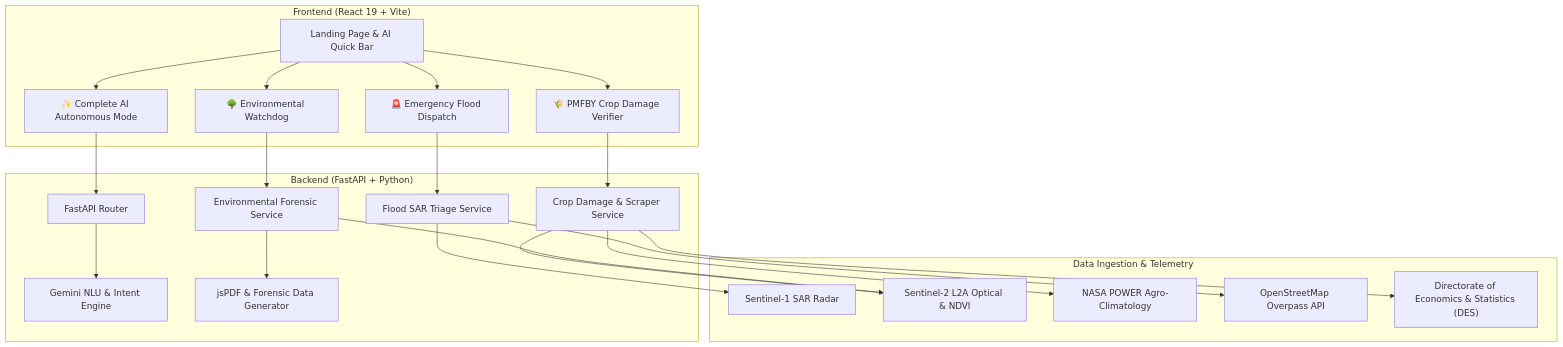
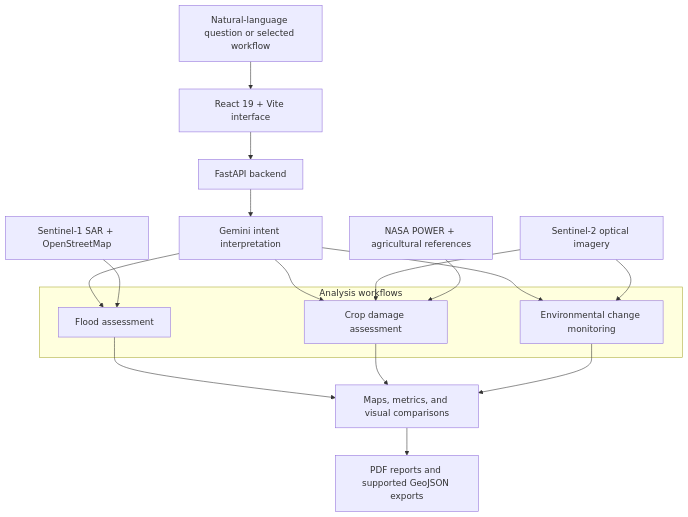
The diagram in README.md (srujan1828-maker/SAT_query), drawn with Mermaid before and after one commit. The commit also changed other lines of this file, not shown here.

````diff
--- a/README.md
+++ b/README.md
@@ -40,37 +127,29 @@
 ```mermaid
 flowchart TD
-    subgraph Frontend["Frontend (React 19 + Vite)"]
-        LP["Landing Page & AI Quick Bar"]
-        FD["🚨 Emergency Flood Dispatch"]
-        CD["🌾 PMFBY Crop Damage Verifier"]
-        EW["🌳 Environmental Watchdog"]
-        AI["✨ Complete AI Autonomous Mode"]
+    USER["Natural-language question or selected workflow"]
+    UI["React 19 + Vite interface"]
+    API["FastAPI backend"]
+    AI["Gemini intent interpretation"]
+
+    USER --> UI --> API --> AI
+
+    subgraph Workflows["Analysis workflows"]
+        FLOOD["Flood assessment"]
+        CROP["Crop damage assessment"]
+        ENV["Environmental change monitoring"]
     end
 
-    subgraph Backend["Backend (FastAPI + Python)"]
-        RT["FastAPI Router"]
-        ENG["Gemini NLU & Intent Engine"]
-        FLS["Flood SAR Triage Service"]
-        CRS["Crop Damage & Scraper Service"]
-        EWS["Environmental Forensic Service"]
-        PDF["jsPDF & Forensic Data Generator"]
-    end
+    AI --> FLOOD
+    AI --> CROP
+    AI --> ENV
 
-    subgraph Satellites["Data Ingestion & Telemetry"]
-        S1["Sentinel-1 SAR Radar"]
-        S2["Sentinel-2 L2A Optical & NDVI"]
-        NP["NASA POWER Agro-Climatology"]
-        OSM["OpenStreetMap Overpass API"]
-        WEB["Directorate of Economics & Statistics (DES)"]
-    end
+    S1["Sentinel-1 SAR + OpenStreetMap"] --> FLOOD
+    S2["Sentinel-2 optical imagery"] --> CROP
+    S2 --> ENV
+    WEATHER["NASA POWER + agricultural references"] --> CROP
 
-    LP --> AI & FD & CD & EW
-    AI --> RT
-    FD --> FLS
-    CD --> CRS
-    EW --> EWS
-    RT --> ENG
-    FLS --> S1 & OSM
-    CRS --> S2 & NP & WEB
-    EWS --> S2 & PDF
+    FLOOD --> RESULTS["Maps, metrics, and visual comparisons"]
+    CROP --> RESULTS
+    ENV --> RESULTS
+    RESULTS --> EXPORT["PDF reports and supported GeoJSON exports"]
 ```
````
